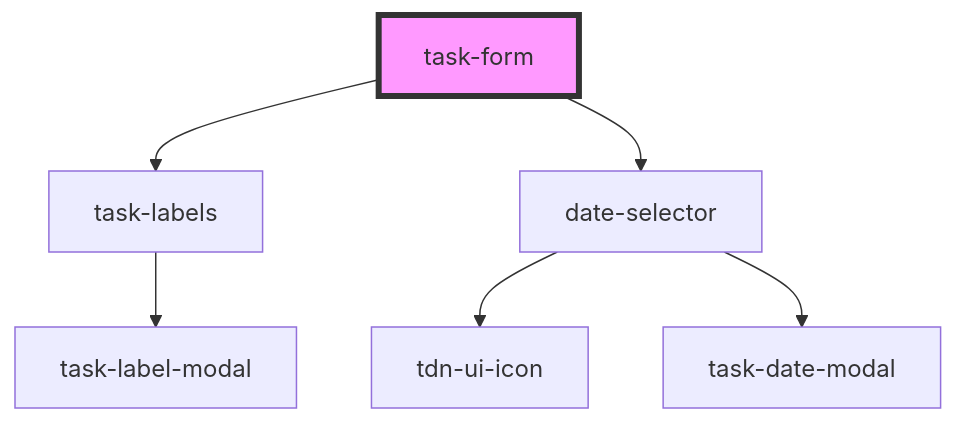
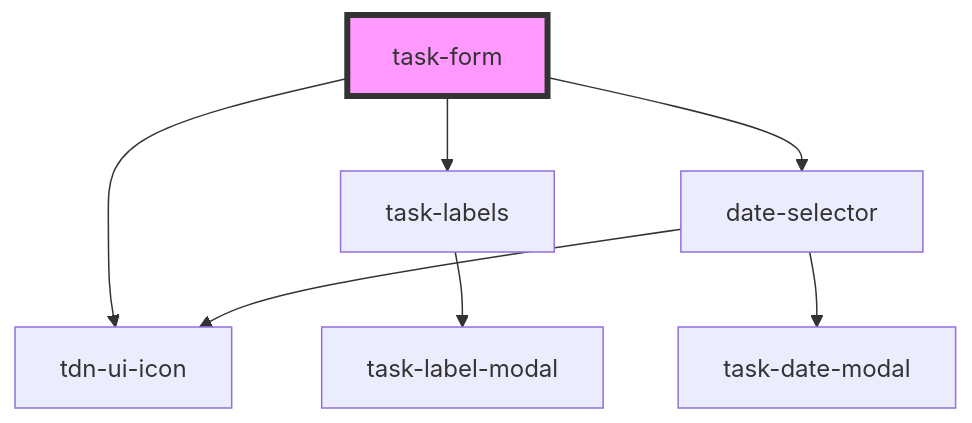
One commit to ajarana/to-done changed the diagram in libs/ui/src/components/task-form/readme.md. Above: the diagram before and after it, drawn with Mermaid. The commit also changed other lines of this file and 6 other files, not shown here.

````diff
--- a/libs/ui/src/components/task-form/readme.md
+++ b/libs/ui/src/components/task-form/readme.md
@@ -30,9 +31,10 @@
 ```mermaid
 graph TD;
+  task-form --> tdn-ui-icon
   task-form --> task-labels
   task-form --> date-selector
   task-labels --> task-label-modal
   date-selector --> tdn-ui-icon
   date-selector --> task-date-modal
   style task-form fill:#f9f,stroke:#333,stroke-width:4px
 ```
````
